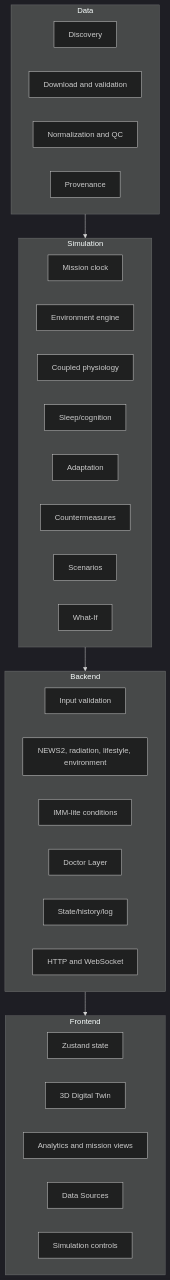
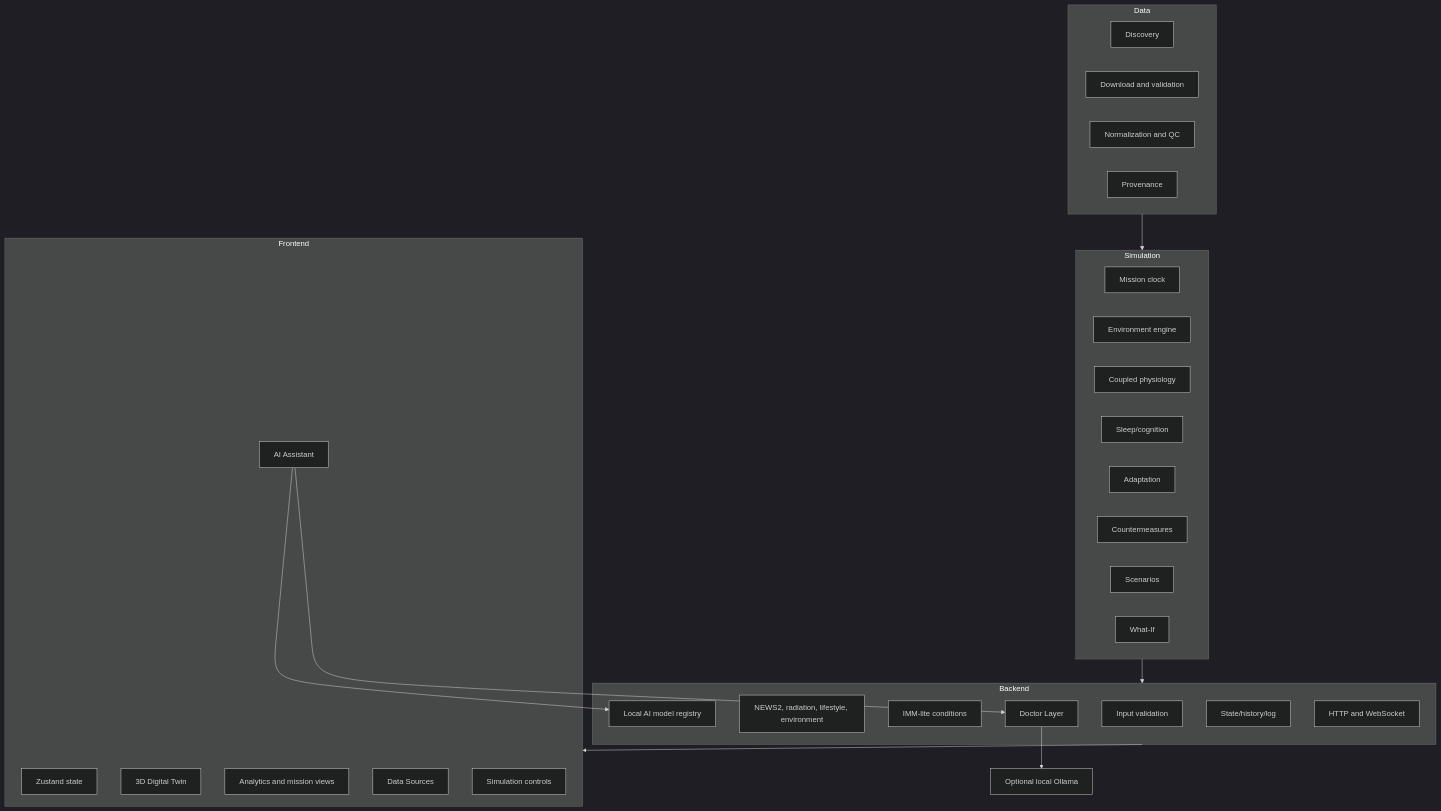
One commit to Atambek07/astrocare changed the second of 2 diagrams in docs/SYSTEM_ARCHITECTURE.md. Above: the diagram before and after it, drawn with Mermaid (dark theme). The commit also changed other lines of this file and 17 other files, not shown here.

Commit message:
docs: document selectable local AI model

````diff
--- a/docs/SYSTEM_ARCHITECTURE.md
+++ b/docs/SYSTEM_ARCHITECTURE.md
@@ -59,41 +59,48 @@
 ```mermaid
 flowchart TB
     subgraph Data
       DISCOVERY[Discovery]
       INGEST[Download and validation]
       NORMALIZE[Normalization and QC]
       PROV[Provenance]
     end
 
     subgraph Simulation
       CLOCK[Mission clock]
       ENV[Environment engine]
       PHYS[Coupled physiology]
       COG[Sleep/cognition]
       ADAPT[Adaptation]
       CM[Countermeasures]
       SCEN[Scenarios]
       WHATIF[What-If]
     end
 
     subgraph Backend
       CONTRACT[Input validation]
       SCORE[NEWS2, radiation, lifestyle, environment]
       IMM[IMM-lite conditions]
       DOCTOR[Doctor Layer]
+      MODELS[Local AI model registry]
       STORE[State/history/log]
       TRANSPORT[HTTP and WebSocket]
     end
 
     subgraph Frontend
       STATE[Zustand state]
       TWIN[3D Digital Twin]
       VIEWS[Analytics and mission views]
+      AI[AI Assistant]
       PROVUI[Data Sources]
       CONTROL[Simulation controls]
     end
 
+    OLLAMA[Optional local Ollama]
+
     Data --> Simulation
     Simulation --> Backend
     Backend --> Frontend
+    AI --> MODELS
+    AI --> DOCTOR
+    DOCTOR --> OLLAMA
 ```
````
